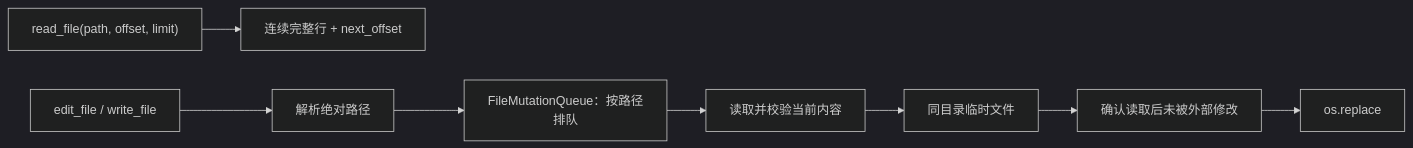
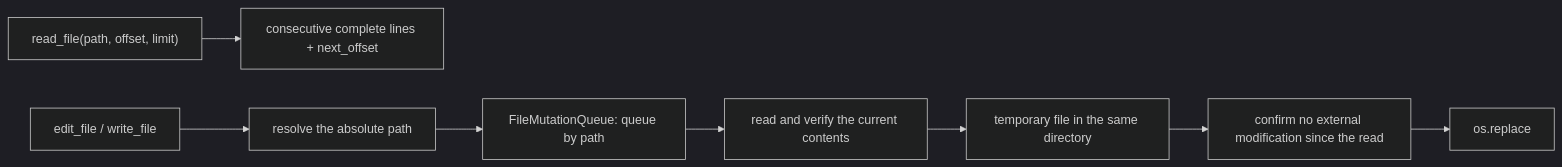
Before and after one commit to Azzurroooo/rind: the diagram in docs/internals/04-tools/file-tools.md, drawn with Mermaid (dark theme). The commit also changed other lines of this file and 109 other files, not shown here.

```diff
--- a/docs/internals/04-tools/file-tools.md
+++ b/docs/internals/04-tools/file-tools.md
@@ -5,10 +7,10 @@
 ~~~mermaid
 flowchart LR
-    READ["read_file(path, offset, limit)"] --> PAGE["连续完整行 + next_offset"]
-    EDIT["edit_file / write_file"] --> RESOLVE["解析绝对路径"]
-    RESOLVE --> LOCK["FileMutationQueue：按路径排队"]
-    LOCK --> CHECK["读取并校验当前内容"]
-    CHECK --> STAGE["同目录临时文件"]
-    STAGE --> VERIFY["确认读取后未被外部修改"]
+    READ["read_file(path, offset, limit)"] --> PAGE["consecutive complete lines + next_offset"]
+    EDIT["edit_file / write_file"] --> RESOLVE["resolve the absolute path"]
+    RESOLVE --> LOCK["FileMutationQueue: queue by path"]
+    LOCK --> CHECK["read and verify the current contents"]
+    CHECK --> STAGE["temporary file in the same directory"]
+    STAGE --> VERIFY["confirm no external modification since the read"]
     VERIFY --> REPLACE["os.replace"]
 ~~~
```
